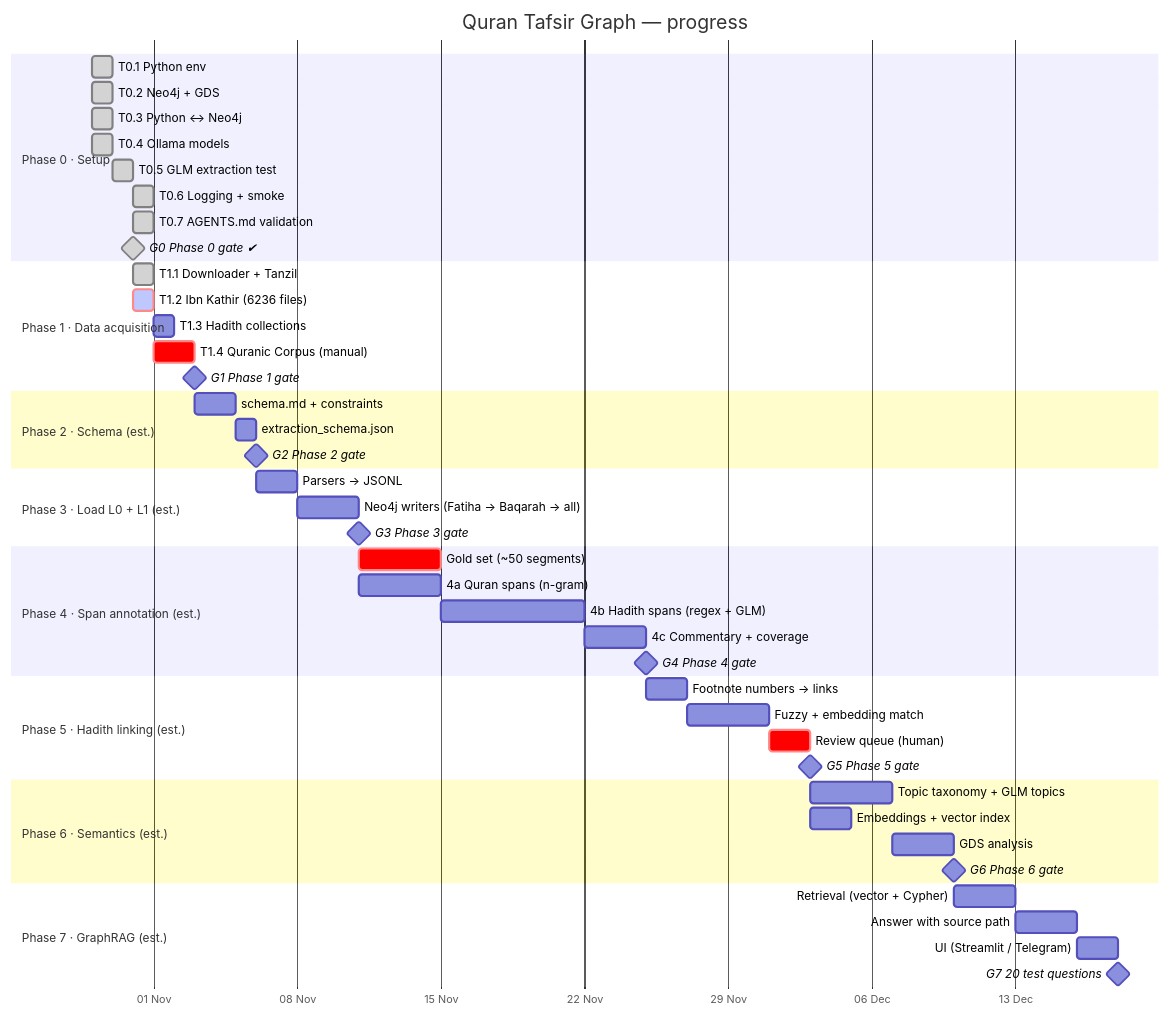
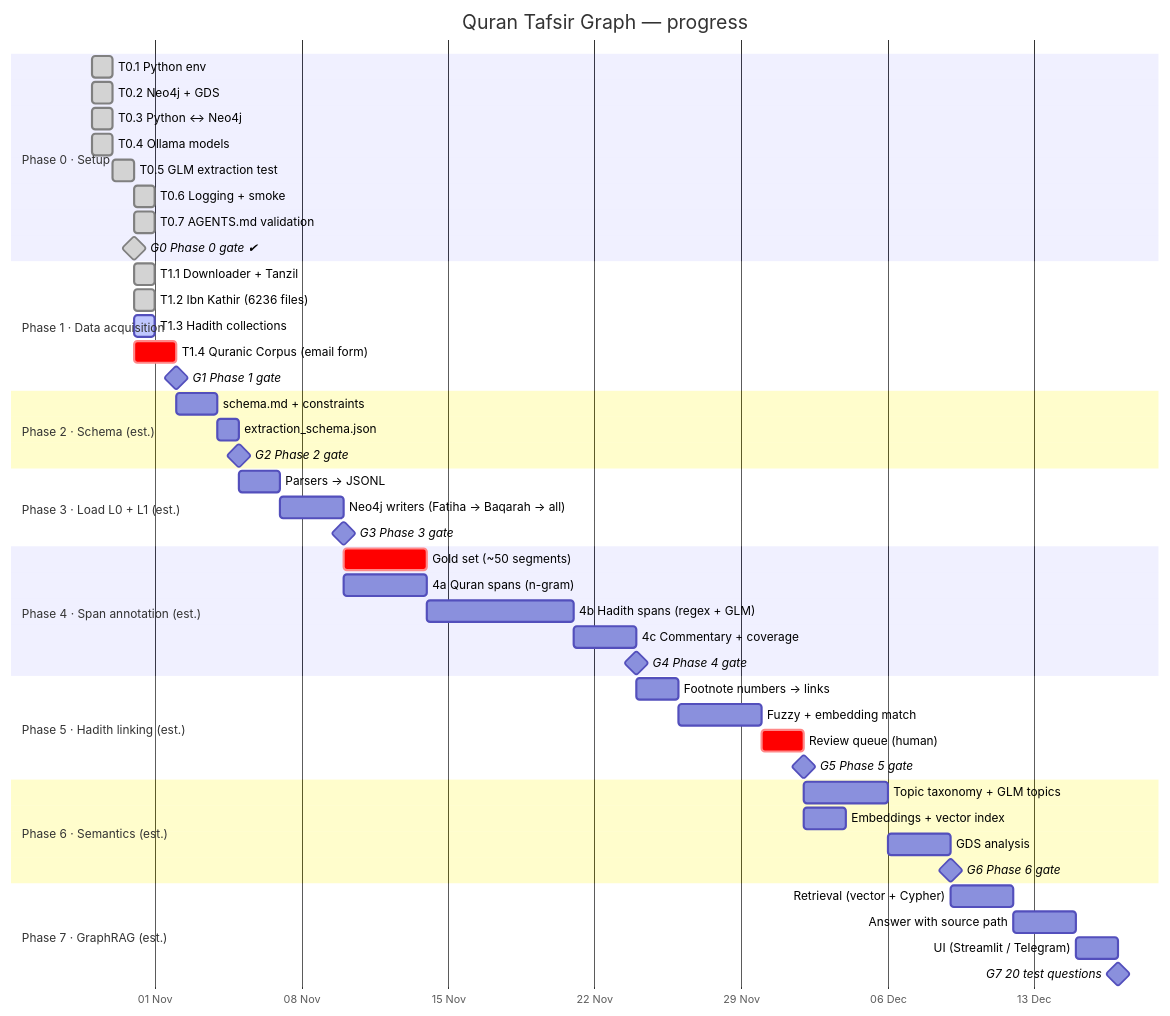
The diagram in docs/GANTT.md (mohamed-soubhi/quran-graph), drawn with Mermaid before and after one commit. The commit also changed other lines of this file and 3 other files, not shown here.

````diff
--- a/docs/GANTT.md
+++ b/docs/GANTT.md
@@ -9,59 +9,59 @@
 ```mermaid
 gantt
     title Quran Tafsir Graph — progress
     dateFormat YYYY-MM-DD
     axisFormat %d %b
     todayMarker stroke-width:3px,stroke:#d33
 
     section Phase 0 · Setup
     T0.1 Python env                 :done, t01, 2026-10-29, 1d
     T0.2 Neo4j + GDS                :done, t02, 2026-10-29, 1d
     T0.3 Python ↔ Neo4j             :done, t03, 2026-10-29, 1d
     T0.4 Ollama models              :done, t04, 2026-10-29, 1d
     T0.5 GLM extraction test        :done, t05, 2026-10-30, 1d
     T0.6 Logging + smoke            :done, t06, 2026-10-31, 1d
     T0.7 AGENTS.md validation       :done, t07, 2026-10-31, 1d
     G0 Phase 0 gate ✔               :milestone, done, g0, 2026-10-31, 0d
 
     section Phase 1 · Data acquisition
     T1.1 Downloader + Tanzil        :done, t11, 2026-10-31, 1d
-    T1.2 Ibn Kathir (6236 files)    :crit, active, t12, 2026-10-31, 1d
-    T1.3 Hadith collections         :t13, after t12, 1d
-    T1.4 Quranic Corpus (manual)    :crit, t14, after t12, 2d
+    T1.2 Ibn Kathir (6236 files)    :done, t12, 2026-10-31, 1d
+    T1.3 Hadith collections         :active, t13, 2026-10-31, 1d
+    T1.4 Quranic Corpus (email form) :crit, t14, 2026-10-31, 2d
     G1 Phase 1 gate                 :milestone, g1, after t14, 0d
 
     section Phase 2 · Schema (est.)
     schema.md + constraints         :p2a, after g1, 2d
     extraction_schema.json          :p2b, after p2a, 1d
     G2 Phase 2 gate                 :milestone, g2, after p2b, 0d
 
     section Phase 3 · Load L0 + L1 (est.)
     Parsers → JSONL                 :p3a, after g2, 2d
     Neo4j writers (Fatiha → Baqarah → all) :p3b, after p3a, 3d
     G3 Phase 3 gate                 :milestone, g3, after p3b, 0d
 
     section Phase 4 · Span annotation (est.)
     Gold set (~50 segments)         :crit, p4g, after g3, 4d
     4a Quran spans (n-gram)         :p4a, after g3, 4d
     4b Hadith spans (regex + GLM)   :p4b, after p4a, 7d
     4c Commentary + coverage        :p4c, after p4b, 3d
     G4 Phase 4 gate                 :milestone, g4, after p4c, 0d
 
     section Phase 5 · Hadith linking (est.)
     Footnote numbers → links        :p5a, after g4, 2d
     Fuzzy + embedding match         :p5b, after p5a, 4d
     Review queue (human)            :crit, p5c, after p5b, 2d
     G5 Phase 5 gate                 :milestone, g5, after p5c, 0d
 
     section Phase 6 · Semantics (est.)
     Topic taxonomy + GLM topics     :p6a, after g5, 4d
     Embeddings + vector index       :p6b, after g5, 2d
     GDS analysis                    :p6c, after p6a, 3d
     G6 Phase 6 gate                 :milestone, g6, after p6c, 0d
 
     section Phase 7 · GraphRAG (est.)
     Retrieval (vector + Cypher)     :p7a, after g6, 3d
     Answer with source path         :p7b, after p7a, 3d
     UI (Streamlit / Telegram)       :p7c, after p7b, 2d
     G7 20 test questions            :milestone, g7, after p7c, 0d
 ```
````
